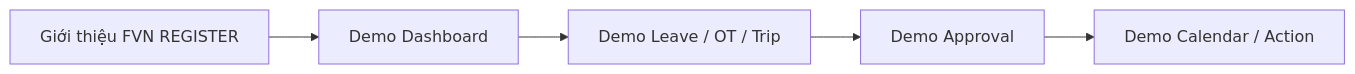
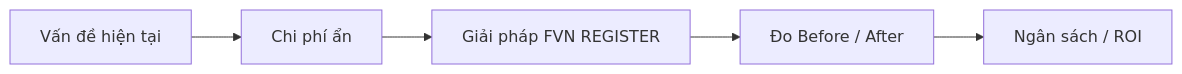
One commit to Nang0559/Reggister changed the fifth of 7 diagrams in MÔ HÌNH/DOCUMENTATION/03_PR_AND_LAUNCH.md. Above: the diagram before and after it, drawn with Mermaid. The commit also changed other lines of this file and 256 other files, not shown here.

Commit message:
docs: hoàn thiện bài thuyết trình FVN REGISTER

````diff
--- a/MÔ HÌNH/DOCUMENTATION/03_PR_AND_LAUNCH.md
+++ b/MÔ HÌNH/DOCUMENTATION/03_PR_AND_LAUNCH.md
@@ -76,7 +188,7 @@
 ```mermaid
 flowchart LR
-    A[Giới thiệu FVN REGISTER] --> B[Demo Dashboard]
-    B --> C[Demo Leave / OT / Trip]
-    C --> D[Demo Approval]
-    D --> E[Demo Calendar / Action]
+    PROBLEM[Vấn đề hiện tại] --> COST[Chi phí ẩn]
+    COST --> DIGITAL[Giải pháp FVN REGISTER]
+    DIGITAL --> KPI[Đo Before / After]
+    KPI --> ROI[Ngân sách / ROI]
 ```
````
